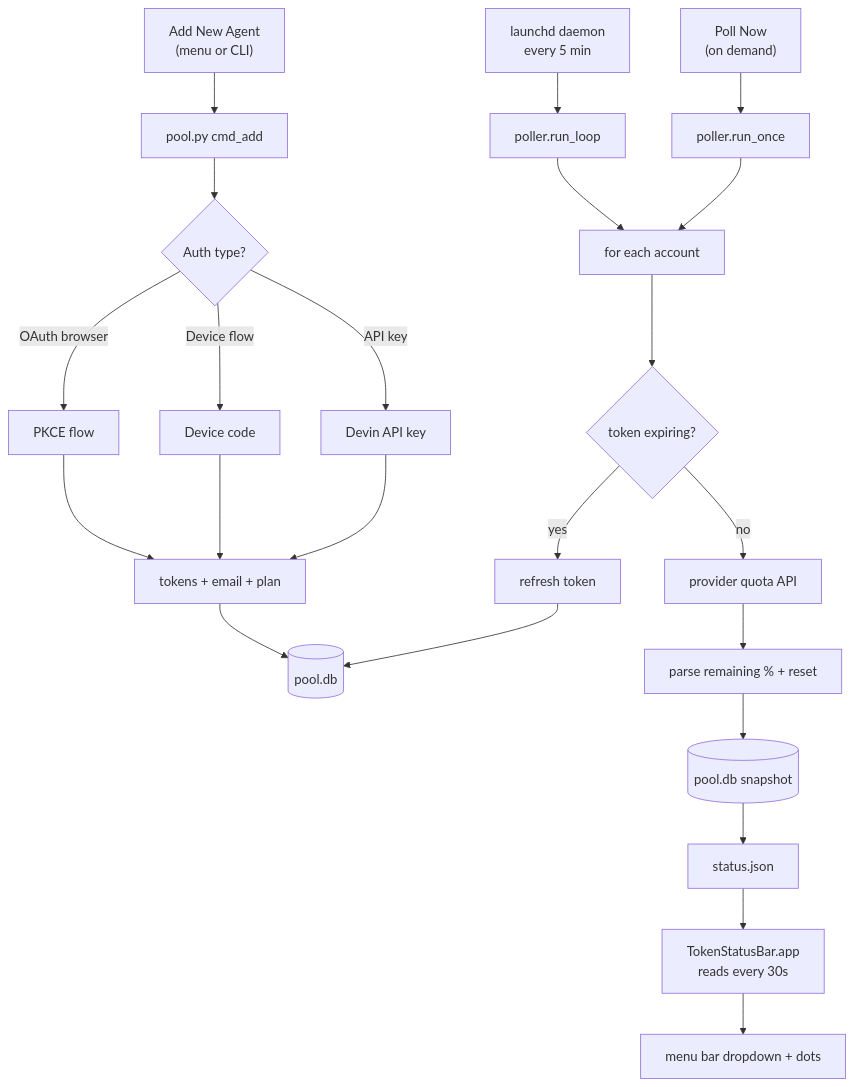
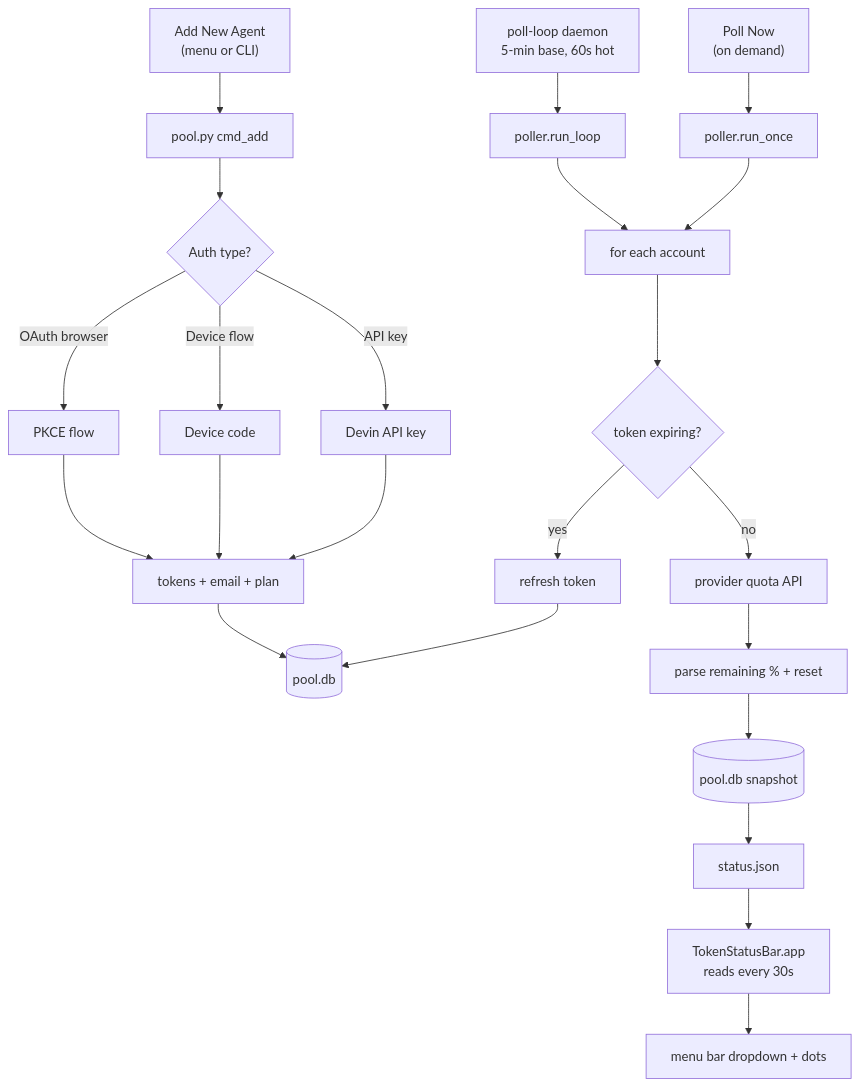
One commit to bytonylee/token-status-bar changed the first of 3 diagrams in README.md. Above: the diagram before and after it, drawn with Mermaid. The commit also changed other lines of this file and 19 other files, not shown here.

````diff
--- a/README.md
+++ b/README.md
@@ -92,26 +96,26 @@
 ```mermaid
 flowchart TD
     A["Add New Agent<br/>(menu or CLI)"] --> B[pool.py cmd_add]
     B --> C{Auth type?}
     C -->|OAuth browser| D[PKCE flow]
     C -->|Device flow| E[Device code]
     C -->|API key| F[Devin API key]
     D --> G[tokens + email + plan]
     E --> G
     F --> G
     G --> H[(pool.db)]
 
-    I[launchd daemon<br/>every 5 min] --> J[poller.run_loop]
+    I[poll-loop daemon<br/>5-min base, 60s hot] --> J[poller.run_loop]
     K["Poll Now<br/>(on demand)"] --> L[poller.run_once]
     J --> M[for each account]
     L --> M
     M --> N{token expiring?}
     N -->|yes| O[refresh token]
     O --> H
     N -->|no| P[provider quota API]
     P --> Q[parse remaining % + reset]
     Q --> R[(pool.db snapshot)]
     R --> S[status.json]
     S --> T["TokenStatusBar.app<br/>reads every 30s"]
     T --> U[menu bar dropdown + dots]
 ```
````
